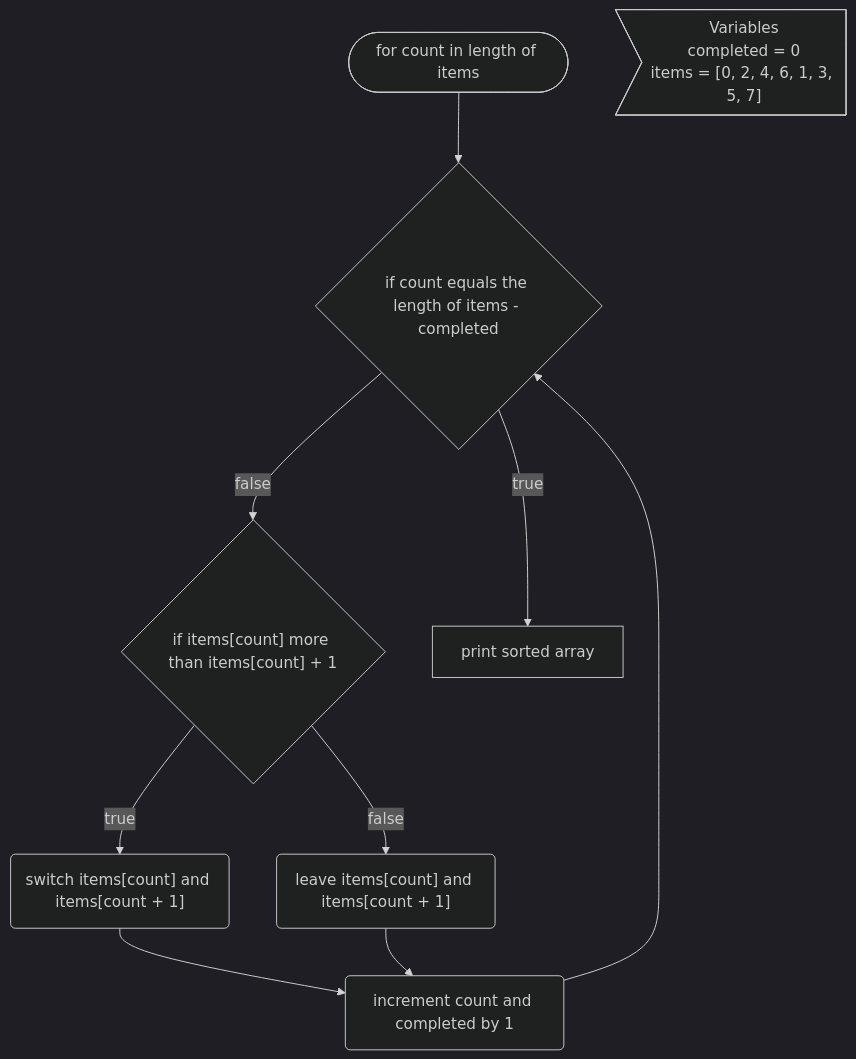
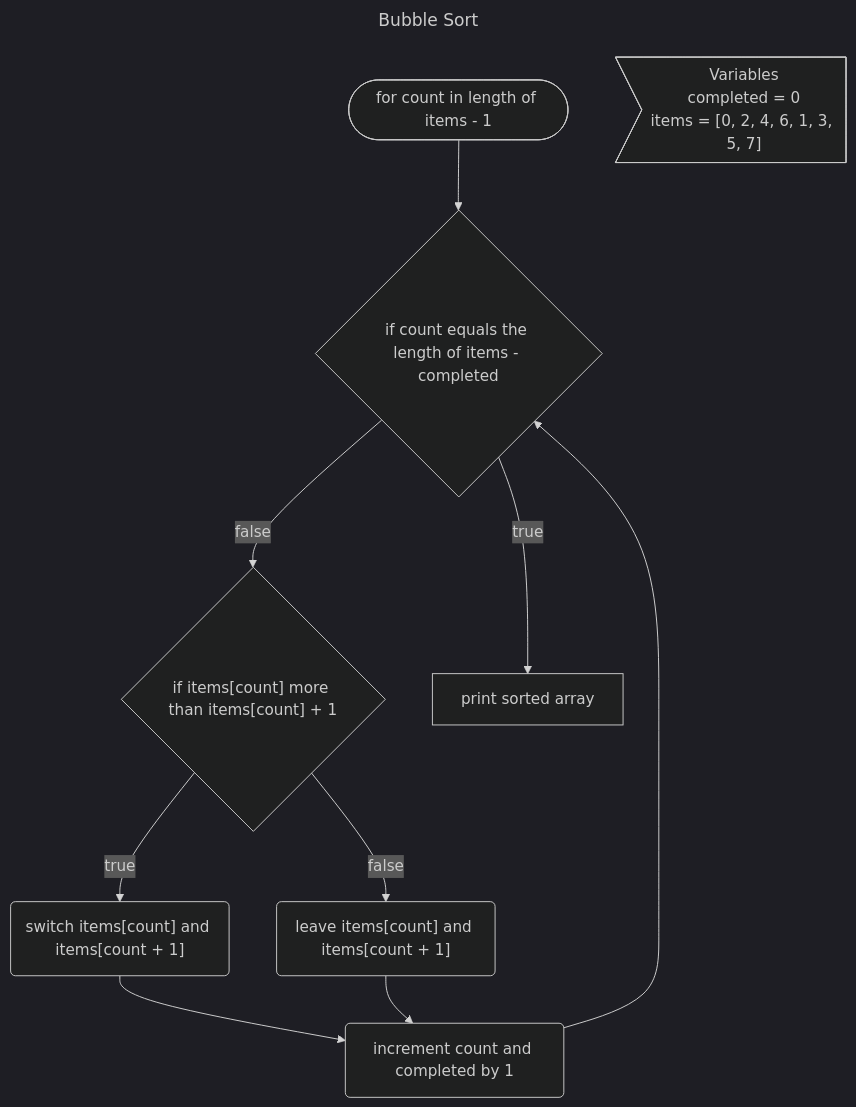
One commit to maclong9/harvard-compsci changed the fifth of 5 diagrams in Introduction/03-Algorithms/README.md. Above: the diagram before and after it, drawn with Mermaid (dark theme). The commit also changed other lines of this file and 4 other files, not shown here.

````diff
--- a/Introduction/03-Algorithms/README.md
+++ b/Introduction/03-Algorithms/README.md
@@ -116,16 +116,16 @@
 ```mermaid
 ---
-title: 
+title: Bubble Sort
 ---
 
 flowchart TD
     vars>"Variables\ncompleted = 0\nitems = [0, 2, 4, 6, 1, 3, 5, 7]"]
-    1(["for count in length of items"]) -->
+    1(["for count in length of items - 1"]) -->
     2{"if count equals the length of items - completed"}
     2 --> |true| 8["print sorted array"]
     2 --> |false| 3
     3{"if items[count] more than items[count] + 1"}
     3 --> |true| 5("switch items[count] and items[count + 1]")
     3 --> |false| 6("leave items[count] and items[count + 1]")
     5 & 6 --> 7("increment count and completed by 1") --> 2
 ```
````
